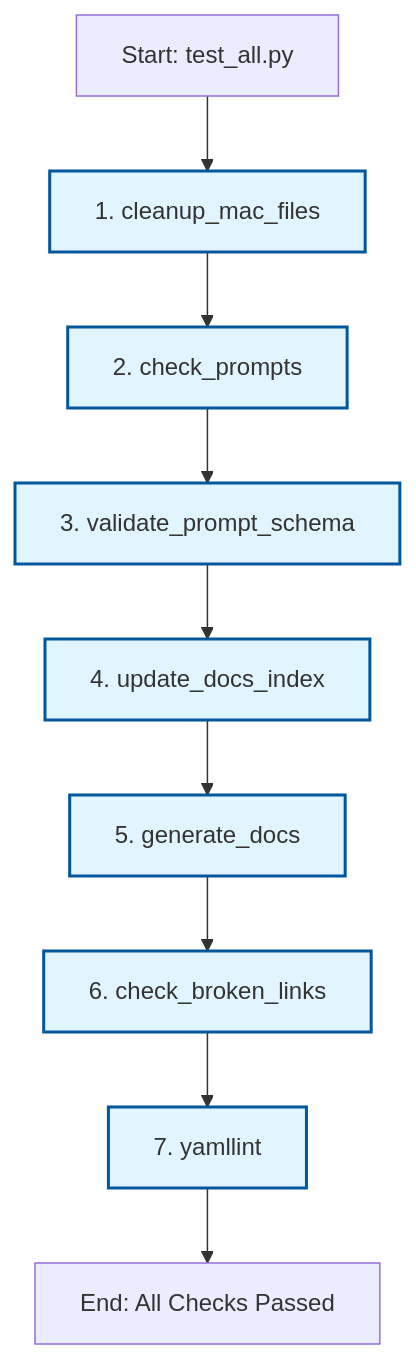
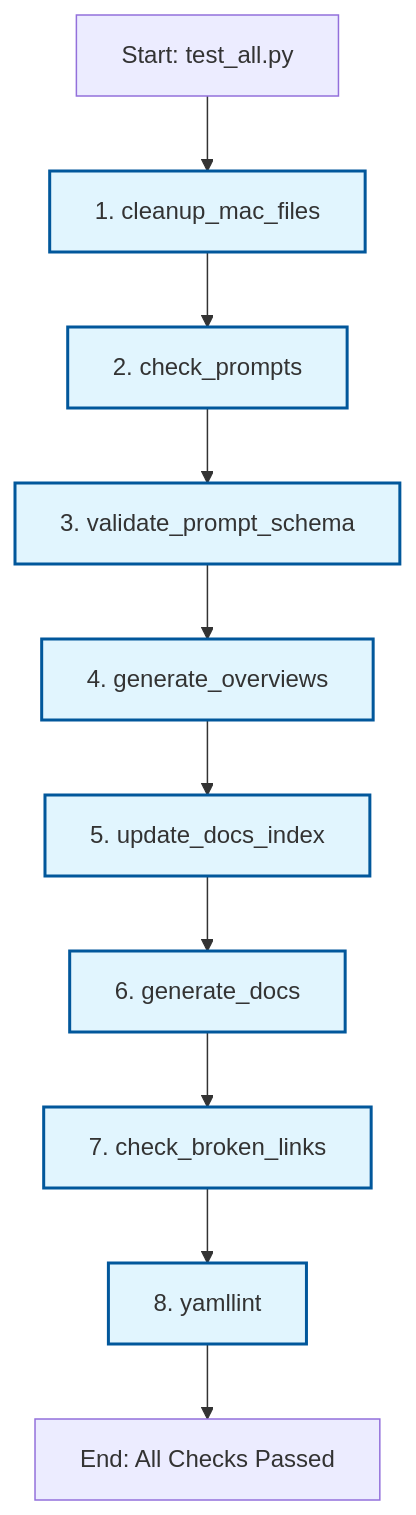
One commit to fderuiter/proompts changed the second of 2 diagrams in tools/scripts/README.md. Above: the diagram before and after it, drawn with Mermaid. The commit also changed other lines of this file and 1 other file, not shown here.

Commit message:
💡 Beacon: Integrate generate_overviews into validation pipeline

````diff
--- a/tools/scripts/README.md
+++ b/tools/scripts/README.md
@@ -106,14 +106,15 @@
 ```mermaid
 graph TD
     A[Start: test_all.py] --> B[1. cleanup_mac_files]
     B --> C[2. check_prompts]
     C --> D[3. validate_prompt_schema]
-    D --> E[4. update_docs_index]
-    E --> F[5. generate_docs]
-    F --> G[6. check_broken_links]
-    G --> H[7. yamllint]
+    D --> E0[4. generate_overviews]
+    E0 --> E[5. update_docs_index]
+    E --> F[6. generate_docs]
+    F --> G[7. check_broken_links]
+    G --> H[8. yamllint]
     H --> I[End: All Checks Passed]
 
     classDef process fill:#e1f5fe,stroke:#01579b,stroke-width:2px;
-    class B,C,D,E,F,G,H process;
+    class B,C,D,E0,E,F,G,H process;
 ```
````
